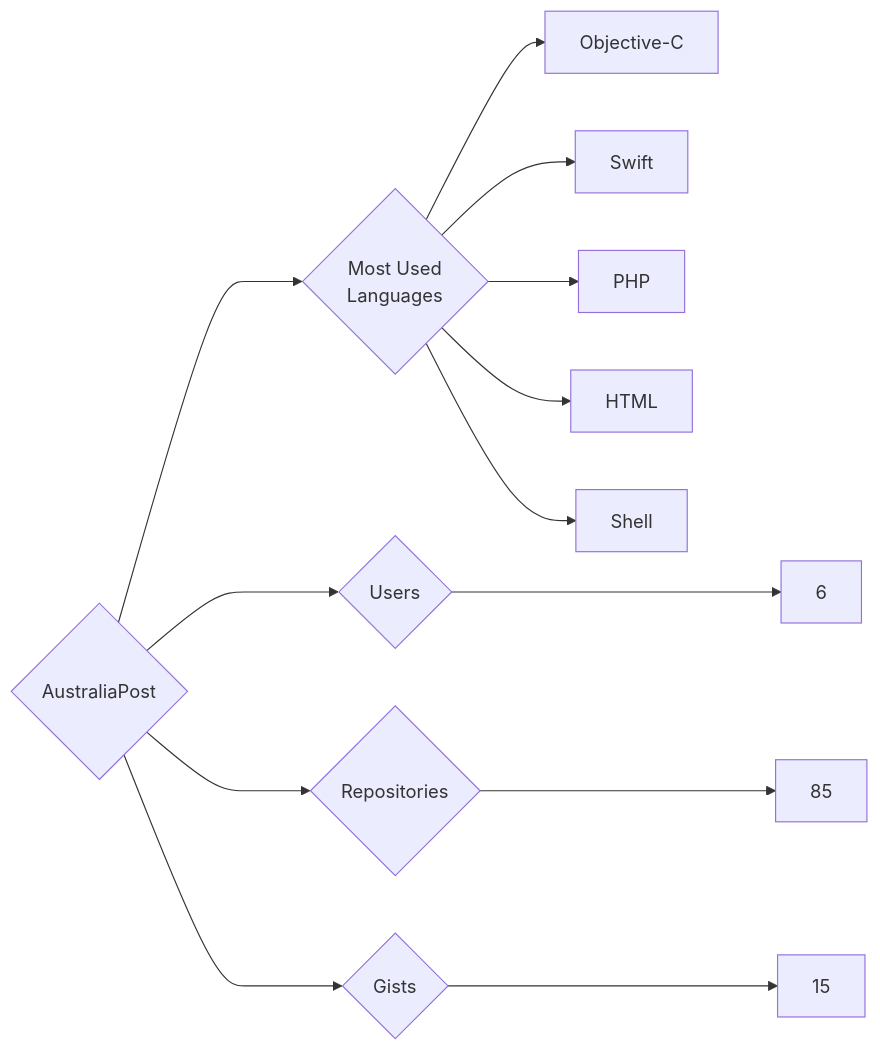
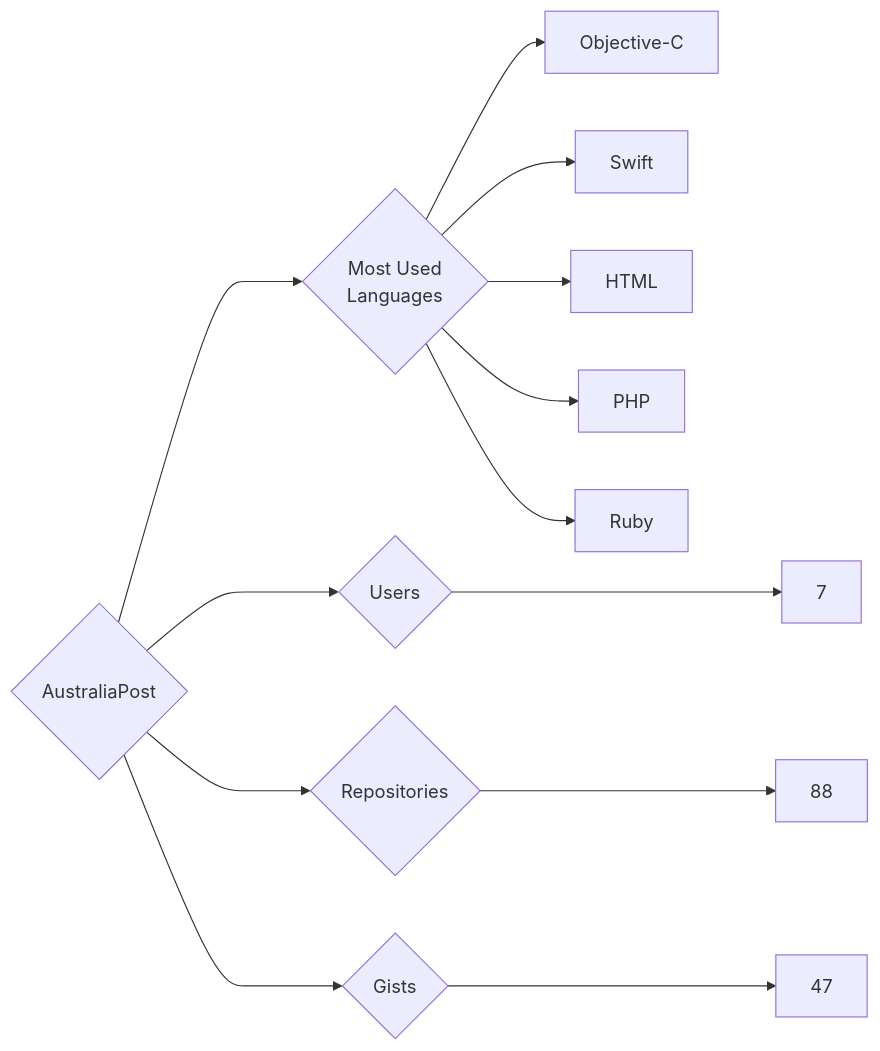
The diagram in targets/AustraliaPost/README.md (trickest/insiders), drawn with Mermaid before and after one commit. The commit also changed 934 other files, not shown here.

````diff
--- a/targets/AustraliaPost/README.md
+++ b/targets/AustraliaPost/README.md
@@ -3,13 +3,13 @@
 ```mermaid
 graph LR
 COMPANY_NAME{AustraliaPost}
-COMPANY_NAME ---> U{Users} ---> UN[6]
-COMPANY_NAME ---> R{Repositories} ---> RN[85]
-COMPANY_NAME ---> G{Gists} ---> GN[15]
+COMPANY_NAME ---> U{Users} ---> UN[7]
+COMPANY_NAME ---> R{Repositories} ---> RN[88]
+COMPANY_NAME ---> G{Gists} ---> GN[47]
 COMPANY_NAME ---> ML{Most Used<br>Languages}
 ML --> Objective-C[Objective-C]
 ML --> Swift[Swift]
+ML --> HTML[HTML]
 ML --> PHP[PHP]
-ML --> HTML[HTML]
-ML --> Shell[Shell]
+ML --> Ruby[Ruby]
 ```
````
